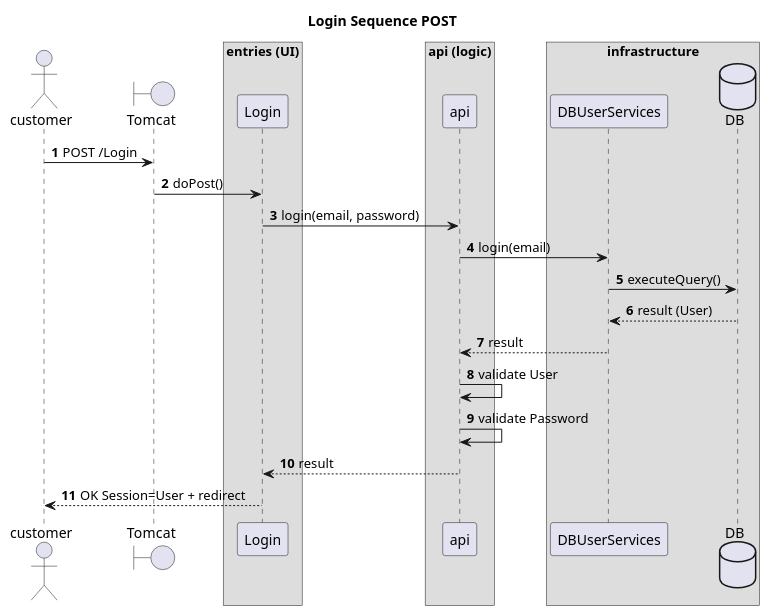
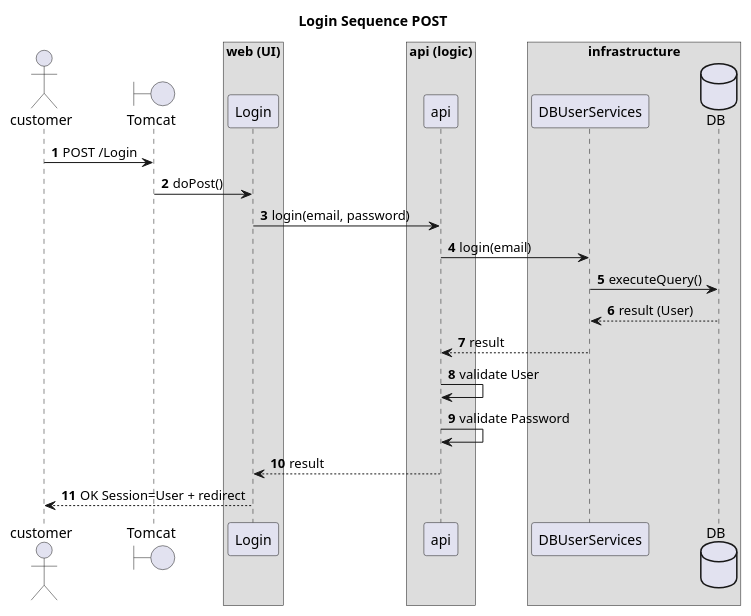
Before and after one commit to codergram/Fog: the diagram in Documentation/UML/Login_Sequence_doPost.puml, drawn with PlantUML. The commit also changed 19 other files, not shown here.

```diff
--- a/Documentation/UML/Login_Sequence_doPost.puml
+++ b/Documentation/UML/Login_Sequence_doPost.puml
@@ -1,47 +1,47 @@
 @startuml
 
 autonumber
 Title Login Sequence POST
 actor customer
 
 boundary Tomcat
 
 customer -> Tomcat:POST /Login
 
-box entries (UI)
+box web (UI)
 Tomcat -> Login: doPost()
 end box
 
 
 
 box api (logic)
 Login -> api:login(email, password)
 end box
 
 'box domain (interface)
 'api -> userServices:login(email)
 'end box
 
 box infrastructure
 api -> DBUserServices:login(email)
 database DB
 DBUserServices -> DB:executeQuery()
 end box
 
 
 
 
 
 DB --> DBUserServices:result (User)
 DBUserServices --> api:result
 'DBUserServices --> userServices:result
 'userServices --> api:result
 api -> api: validate User
 api -> api: validate Password
 api --> Login: result
 Login --> customer:OK Session=User + redirect
 
 
 
 
 @enduml
```
